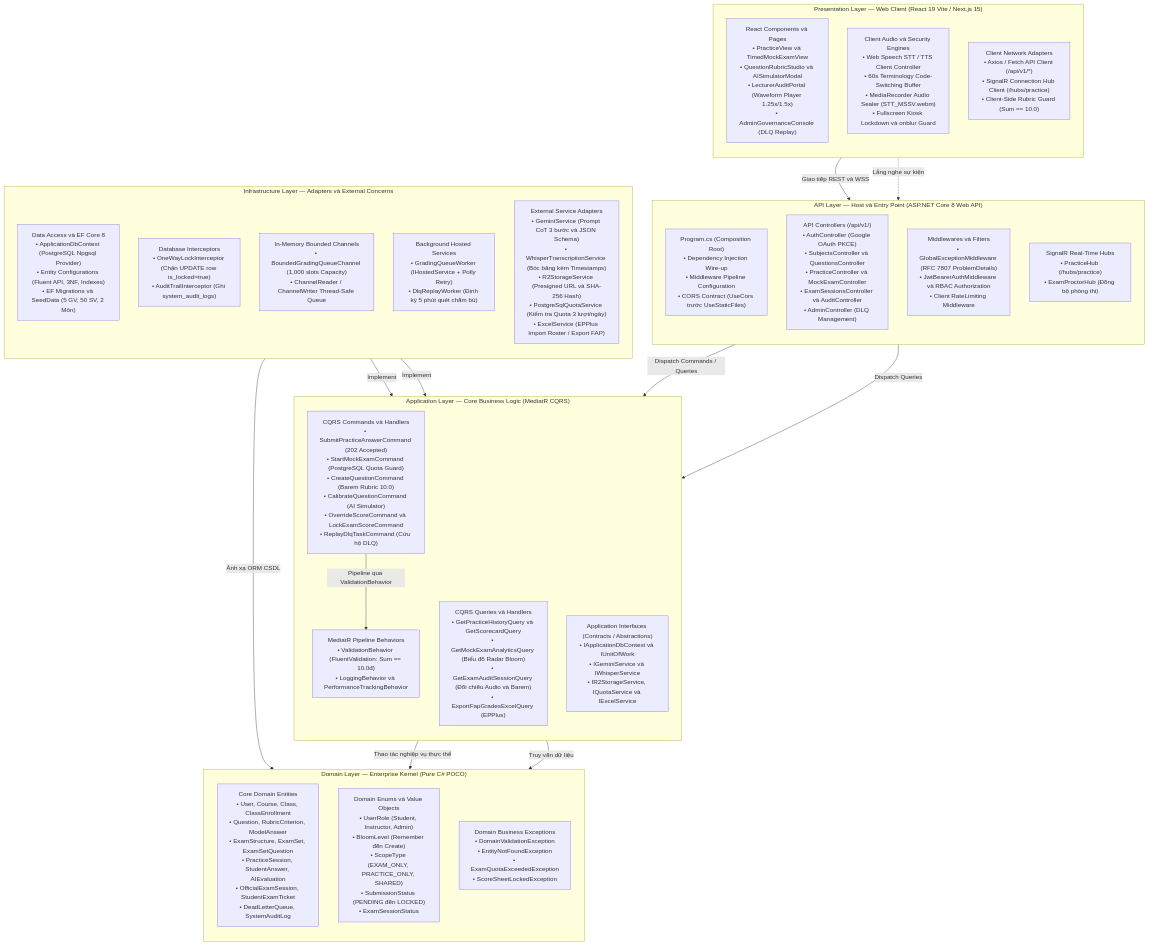
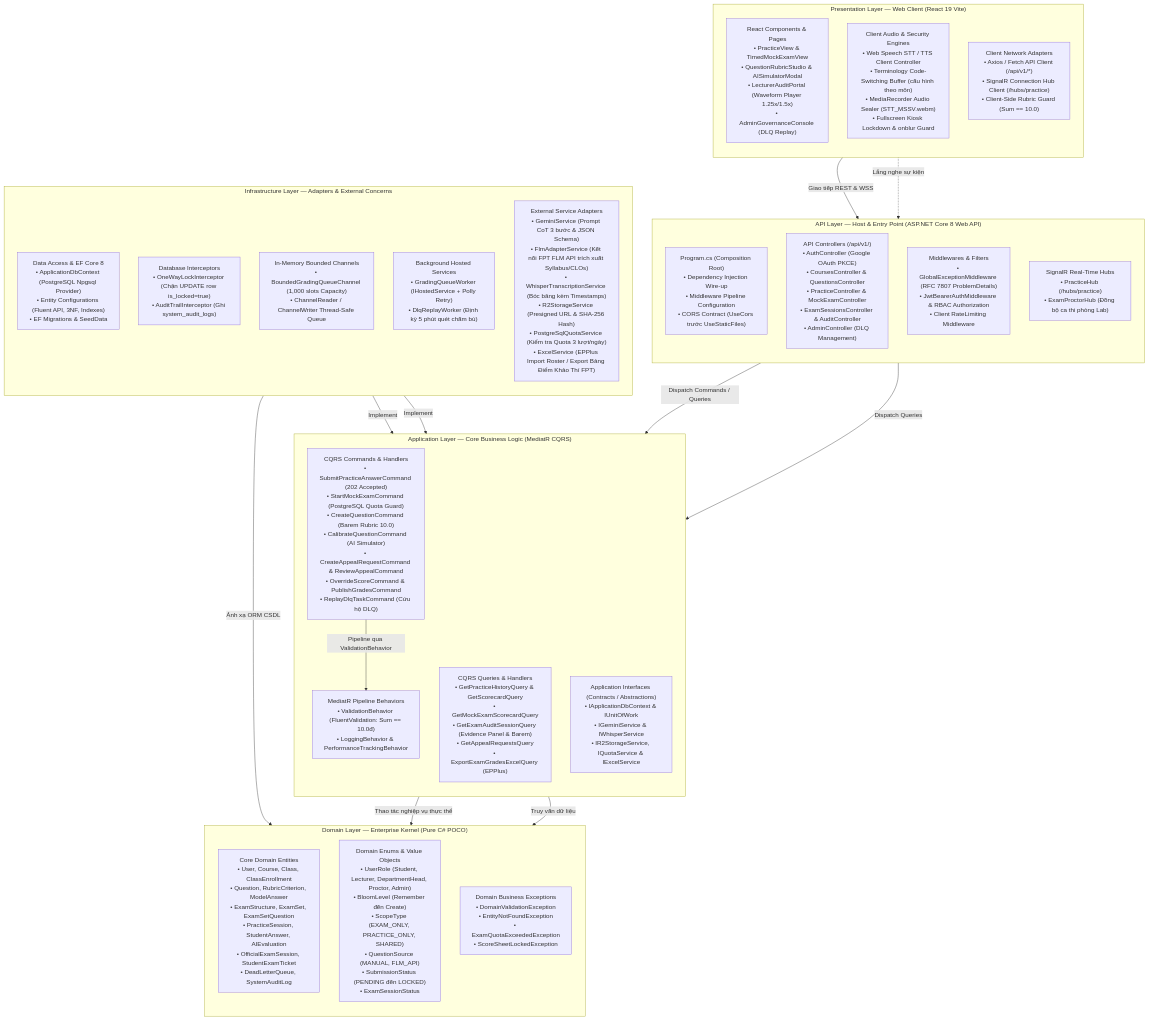
One commit to An-LLM-based-Oral-Examination/oral-exam-system changed the third of 14 diagrams in docs/MASTER_ARCHITECTURE.md. Above: the diagram before and after it, drawn with Mermaid. The commit also changed other lines of this file and 210 other files, not shown here.

Commit message:
update context and task

````diff
--- a/docs/MASTER_ARCHITECTURE.md
+++ b/docs/MASTER_ARCHITECTURE.md
@@ -107,53 +435,53 @@
 ```mermaid
 flowchart TD
-    subgraph Layer_Client ["Presentation Layer — Web Client (React 19 Vite / Next.js 15)"]
+    subgraph Layer_Client ["Presentation Layer — Web Client (React 19 Vite)"]
         direction TB
-        UI_Components["React Components và Pages<br>• PracticeView và TimedMockExamView<br>• QuestionRubricStudio và AISimulatorModal<br>• LecturerAuditPortal (Waveform Player 1.25x/1.5x)<br>• AdminGovernanceConsole (DLQ Replay)"]
-        UI_Audio["Client Audio và Security Engines<br>• Web Speech STT / TTS Client Controller<br>• 60s Terminology Code-Switching Buffer<br>• MediaRecorder Audio Sealer (STT_MSSV.webm)<br>• Fullscreen Kiosk Lockdown và onblur Guard"]
+        UI_Components["React Components & Pages<br>• PracticeView & TimedMockExamView<br>• QuestionRubricStudio & AISimulatorModal<br>• LecturerAuditPortal (Waveform Player 1.25x/1.5x)<br>• AdminGovernanceConsole (DLQ Replay)"]
+        UI_Audio["Client Audio & Security Engines<br>• Web Speech STT / TTS Client Controller<br>• Terminology Code-Switching Buffer (cấu hình theo môn)<br>• MediaRecorder Audio Sealer (STT_MSSV.webm)<br>• Fullscreen Kiosk Lockdown & onblur Guard"]
         UI_Network["Client Network Adapters<br>• Axios / Fetch API Client (/api/v1/*)<br>• SignalR Connection Hub Client (/hubs/practice)<br>• Client-Side Rubric Guard (Sum == 10.0)"]
     end
 
-    subgraph Layer_API ["API Layer — Host và Entry Point (ASP.NET Core 8 Web API)"]
+    subgraph Layer_API ["API Layer — Host & Entry Point (ASP.NET Core 8 Web API)"]
         direction TB
         API_Program["Program.cs (Composition Root)<br>• Dependency Injection Wire-up<br>• Middleware Pipeline Configuration<br>• CORS Contract (UseCors trước UseStaticFiles)"]
-        API_Controllers["API Controllers (/api/v1/)<br>• AuthController (Google OAuth PKCE)<br>• SubjectsController và QuestionsController<br>• PracticeController và MockExamController<br>• ExamSessionsController và AuditController<br>• AdminController (DLQ Management)"]
-        API_Middleware["Middlewares và Filters<br>• GlobalExceptionMiddleware (RFC 7807 ProblemDetails)<br>• JwtBearerAuthMiddleware và RBAC Authorization<br>• Client RateLimiting Middleware"]
-        API_SignalR["SignalR Real-Time Hubs<br>• PracticeHub (/hubs/practice)<br>• ExamProctorHub (Đồng bộ phòng thi)"]
+        API_Controllers["API Controllers (/api/v1/)<br>• AuthController (Google OAuth PKCE)<br>• CoursesController & QuestionsController<br>• PracticeController & MockExamController<br>• ExamSessionsController & AuditController<br>• AdminController (DLQ Management)"]
+        API_Middleware["Middlewares & Filters<br>• GlobalExceptionMiddleware (RFC 7807 ProblemDetails)<br>• JwtBearerAuthMiddleware & RBAC Authorization<br>• Client RateLimiting Middleware"]
+        API_SignalR["SignalR Real-Time Hubs<br>• PracticeHub (/hubs/practice)<br>• ExamProctorHub (Đồng bộ ca thi phòng Lab)"]
     end
 
     subgraph Layer_App ["Application Layer — Core Business Logic (MediatR CQRS)"]
         direction TB
-        App_Commands["CQRS Commands và Handlers<br>• SubmitPracticeAnswerCommand (202 Accepted)<br>• StartMockExamCommand (PostgreSQL Quota Guard)<br>• CreateQuestionCommand (Barem Rubric 10.0)<br>• CalibrateQuestionCommand (AI Simulator)<br>• OverrideScoreCommand và LockExamScoreCommand<br>• ReplayDlqTaskCommand (Cứu hộ DLQ)"]
-        App_Queries["CQRS Queries và Handlers<br>• GetPracticeHistoryQuery và GetScorecardQuery<br>• GetMockExamAnalyticsQuery (Biểu đồ Radar Bloom)<br>• GetExamAuditSessionQuery (Đối chiếu Audio và Barem)<br>• ExportFapGradesExcelQuery (EPPlus)"]
-        App_Pipeline["MediatR Pipeline Behaviors<br>• ValidationBehavior (FluentValidation: Sum == 10.0đ)<br>• LoggingBehavior và PerformanceTrackingBehavior"]
-        App_Interfaces["Application Interfaces (Contracts / Abstractions)<br>• IApplicationDbContext và IUnitOfWork<br>• IGeminiService và IWhisperService<br>• IR2StorageService, IQuotaService và IExcelService"]
+        App_Commands["CQRS Commands & Handlers<br>• SubmitPracticeAnswerCommand (202 Accepted)<br>• StartMockExamCommand (PostgreSQL Quota Guard)<br>• CreateQuestionCommand (Barem Rubric 10.0)<br>• CalibrateQuestionCommand (AI Simulator)<br>• CreateAppealRequestCommand & ReviewAppealCommand<br>• OverrideScoreCommand & PublishGradesCommand<br>• ReplayDlqTaskCommand (Cứu hộ DLQ)"]
+        App_Queries["CQRS Queries & Handlers<br>• GetPracticeHistoryQuery & GetScorecardQuery<br>• GetMockExamScorecardQuery<br>• GetExamAuditSessionQuery (Evidence Panel & Barem)<br>• GetAppealRequestsQuery<br>• ExportExamGradesExcelQuery (EPPlus)"]
+        App_Pipeline["MediatR Pipeline Behaviors<br>• ValidationBehavior (FluentValidation: Sum == 10.0đ)<br>• LoggingBehavior & PerformanceTrackingBehavior"]
+        App_Interfaces["Application Interfaces (Contracts / Abstractions)<br>• IApplicationDbContext & IUnitOfWork<br>• IGeminiService & IWhisperService<br>• IR2StorageService, IQuotaService & IExcelService"]
     end
 
-    subgraph Layer_Infra ["Infrastructure Layer — Adapters và External Concerns"]
+    subgraph Layer_Infra ["Infrastructure Layer — Adapters & External Concerns"]
         direction TB
-        Infra_Persistence["Data Access và EF Core 8<br>• ApplicationDbContext (PostgreSQL Npgsql Provider)<br>• Entity Configurations (Fluent API, 3NF, Indexes)<br>• EF Migrations và SeedData (5 GV, 50 SV, 2 Môn)"]
+        Infra_Persistence["Data Access & EF Core 8<br>• ApplicationDbContext (PostgreSQL Npgsql Provider)<br>• Entity Configurations (Fluent API, 3NF, Indexes)<br>• EF Migrations & SeedData"]
         Infra_Interceptors["Database Interceptors<br>• OneWayLockInterceptor (Chặn UPDATE row is_locked=true)<br>• AuditTrailInterceptor (Ghi system_audit_logs)"]
         Infra_Channels["In-Memory Bounded Channels<br>• BoundedGradingQueueChannel (1,000 slots Capacity)<br>• ChannelReader / ChannelWriter Thread-Safe Queue"]
         Infra_Workers["Background Hosted Services<br>• GradingQueueWorker (IHostedService + Polly Retry)<br>• DlqReplayWorker (Định kỳ 5 phút quét chấm bù)"]
-        Infra_ExternalServices["External Service Adapters<br>• GeminiService (Prompt CoT 3 bước và JSON Schema)<br>• WhisperTranscriptionService (Bóc băng kèm Timestamps)<br>• R2StorageService (Presigned URL và SHA-256 Hash)<br>• PostgreSqlQuotaService (Kiểm tra Quota 3 lượt/ngày)<br>• ExcelService (EPPlus Import Roster / Export FAP)"]
+        Infra_ExternalServices["External Service Adapters<br>• GeminiService (Prompt CoT 3 bước & JSON Schema)<br>• FlmAdapterService (Kết nối FPT FLM API trích xuất Syllabus/CLOs)<br>• WhisperTranscriptionService (Bóc băng kèm Timestamps)<br>• R2StorageService (Presigned URL & SHA-256 Hash)<br>• PostgreSqlQuotaService (Kiểm tra Quota 3 lượt/ngày)<br>• ExcelService (EPPlus Import Roster / Export Bảng Điểm Khảo Thí FPT)"]
     end
 
     subgraph Layer_Domain ["Domain Layer — Enterprise Kernel (Pure C# POCO)"]
         direction TB
         Domain_Entities["Core Domain Entities<br>• User, Course, Class, ClassEnrollment<br>• Question, RubricCriterion, ModelAnswer<br>• ExamStructure, ExamSet, ExamSetQuestion<br>• PracticeSession, StudentAnswer, AIEvaluation<br>• OfficialExamSession, StudentExamTicket<br>• DeadLetterQueue, SystemAuditLog"]
-        Domain_Enums["Domain Enums và Value Objects<br>• UserRole (Student, Instructor, Admin)<br>• BloomLevel (Remember đến Create)<br>• ScopeType (EXAM_ONLY, PRACTICE_ONLY, SHARED)<br>• SubmissionStatus (PENDING đến LOCKED)<br>• ExamSessionStatus"]
+        Domain_Enums["Domain Enums & Value Objects<br>• UserRole (Student, Lecturer, DepartmentHead, Proctor, Admin)<br>• BloomLevel (Remember đến Create)<br>• ScopeType (EXAM_ONLY, PRACTICE_ONLY, SHARED)<br>• QuestionSource (MANUAL, FLM_API)<br>• SubmissionStatus (PENDING đến LOCKED)<br>• ExamSessionStatus"]
         Domain_Exceptions["Domain Business Exceptions<br>• DomainValidationException<br>• EntityNotFoundException<br>• ExamQuotaExceededException<br>• ScoreSheetLockedException"]
     end
 
-    %% Component Dependency Arrows enforcing Clean Architecture
-    UI_Network -->|Giao tiếp REST và WSS| API_Controllers
+    %% Dependency Arrows
+    UI_Network -->|Giao tiếp REST & WSS| API_Controllers
     UI_Network -.->|Lắng nghe sự kiện| API_SignalR
     API_Controllers -->|Dispatch Commands / Queries| App_Commands
     API_Controllers -->|Dispatch Queries| App_Queries
     App_Commands -->|Pipeline qua ValidationBehavior| App_Pipeline
     Infra_Persistence -->|Implement| App_Interfaces
     Infra_ExternalServices -->|Implement| App_Interfaces
     App_Commands -->|Thao tác nghiệp vụ thực thể| Domain_Entities
     App_Queries -->|Truy vấn dữ liệu| Domain_Entities
     Infra_Persistence -->|Ánh xạ ORM CSDL| Domain_Entities
 ```
````
